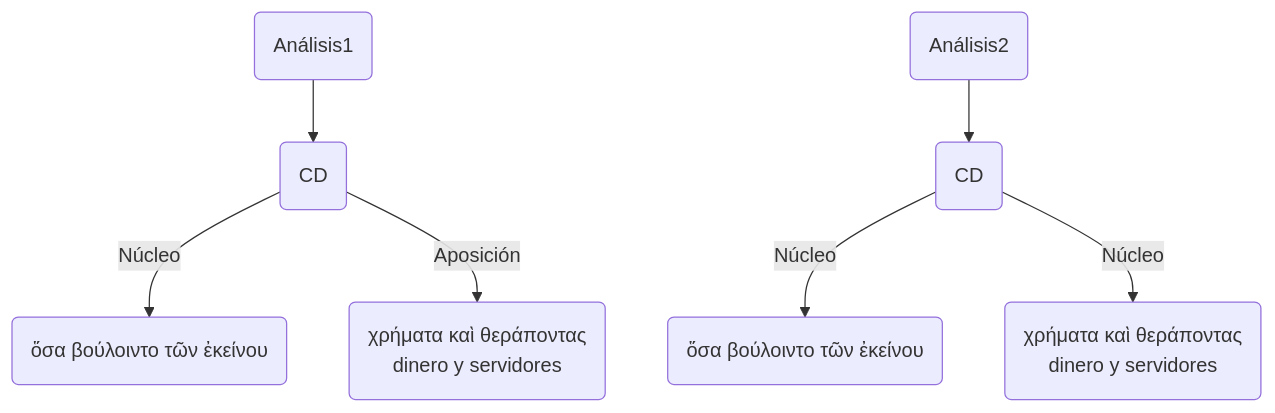
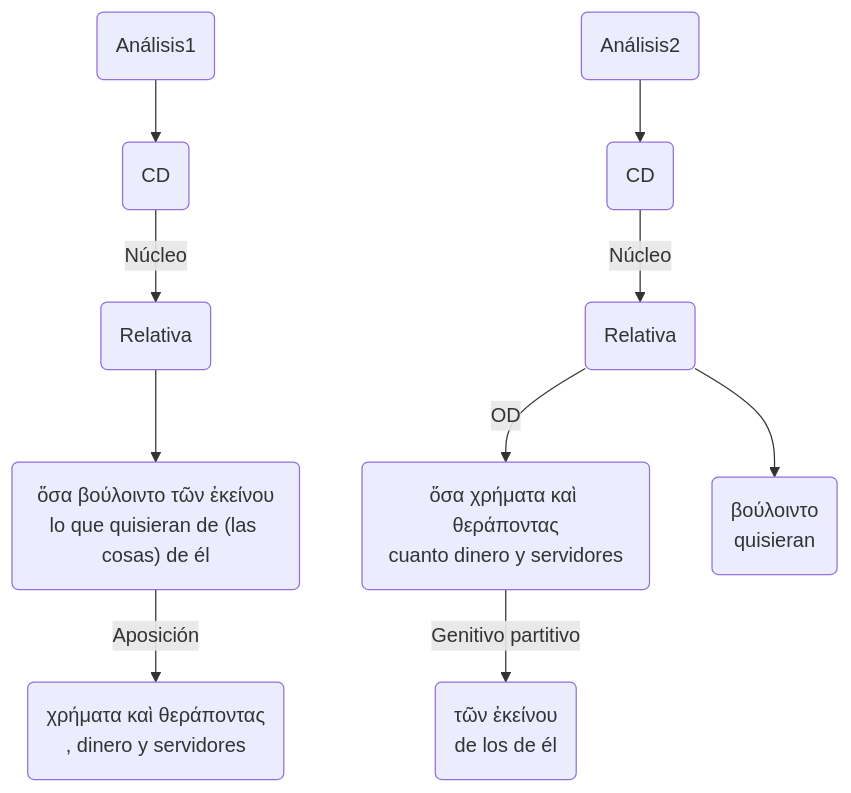
Diagram 16 of 16 in docs/Plutarch_Dion/Dion.md (pajaro1966/Asignaturas), drawn with Mermaid before and after one commit. The commit also changed other lines of this file and 73 other files, not shown here.

````diff
--- a/docs/Plutarch_Dion/Dion.md
+++ b/docs/Plutarch_Dion/Dion.md
@@ -819,12 +819,14 @@
     ```mermaid
     graph TB
     A("Análisis1")
     A-->B(CD)
-    B-->|"Núcleo"|C("ὅσα βούλοιντο τῶν ἐκείνου")
-    B-->|"Aposición"|D("χρήματα καὶ θεράποντας<br>dinero y servidores")
+    B-->|"Núcleo"|C("Relativa")-->C1("ὅσα βούλοιντο τῶν ἐκείνου<br>lo que quisieran de (las cosas) de él")
+    C1-->|"Aposición"|D("χρήματα καὶ θεράποντας<br>, dinero y servidores")
 
     E("Análisis2")
     E-->F(CD)
-    F-->|"Núcleo"|G("ὅσα βούλοιντο τῶν ἐκείνου")
-    F-->|"Núcleo"|H("χρήματα καὶ θεράποντας<br>dinero y servidores")
+    F-->|"Núcleo"|G("Relativa")
+    G-->|"OD"|H("ὅσα χρήματα καὶ θεράποντας<br>cuanto dinero y servidores")
+    H-->|"Genitivo partitivo"|H1("τῶν ἐκείνου<br>de los de él")
+    G-->I("βούλοιντο<br>quisieran")
     ```
````
